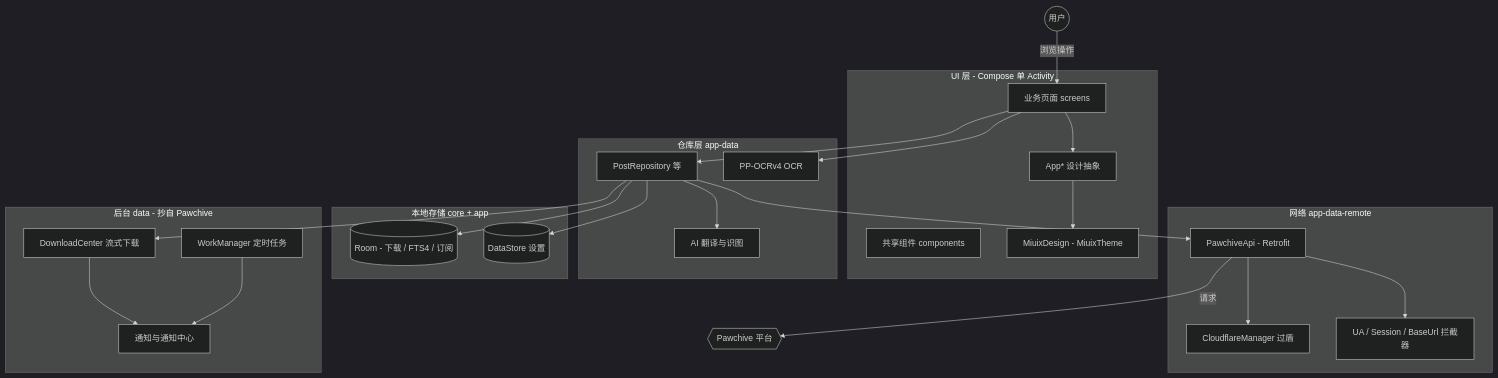
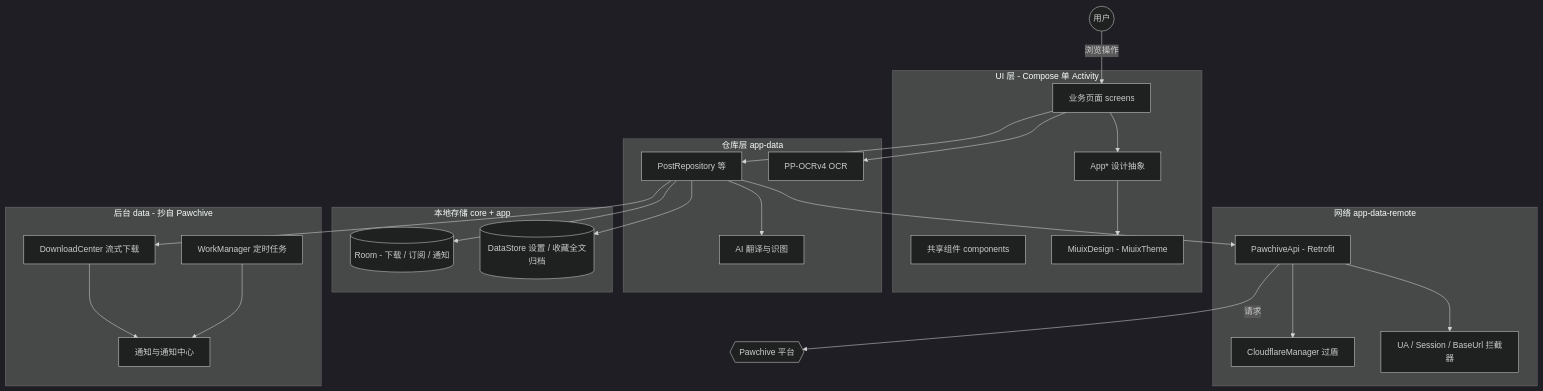
Before and after one commit to Aerunox/Archive: the diagram in README.md, drawn with Mermaid (dark theme). The commit also changed other lines of this file and 35 other files, not shown here.

````diff
--- a/README.md
+++ b/README.md
@@ -101,50 +102,50 @@
 ```mermaid
 flowchart TD
     subgraph ui["UI 层 - Compose 单 Activity"]
         screens["业务页面 screens"]
         components["共享组件 components"]
         design["App* 设计抽象"]
         miuix["MiuixDesign - MiuixTheme"]
     end
 
     subgraph repo["仓库层 app-data"]
         repos["PostRepository 等"]
         ai["AI 翻译与识图"]
         ocr["PP-OCRv4 OCR"]
     end
 
     subgraph net["网络 app-data-remote"]
         api["PawchiveApi - Retrofit"]
         cf["CloudflareManager 过盾"]
         chain["UA / Session / BaseUrl 拦截器"]
     end
 
     subgraph store["本地存储 core + app"]
-        room[("Room - 下载 / FTS4 / 订阅")]
-        ds[("DataStore 设置")]
+        room[("Room - 下载 / 订阅 / 通知")]
+        ds[("DataStore 设置 / 收藏全文归档")]
     end
 
     subgraph ops["后台 data - 抄自 Pawchive"]
         dl["DownloadCenter 流式下载"]
         workers["WorkManager 定时任务"]
         notify["通知与通知中心"]
     end
 
     platform{{"Pawchive 平台"}}
     user(("用户"))
 
     user -->|"浏览操作"| screens
     screens --> design --> miuix
     screens --> repos
     screens --> ocr
     repos --> ai
     repos --> api
     api --> chain
     api --> cf
     api -->|"请求"| platform
     repos --> room
     repos --> ds
     repos --> dl
     dl --> notify
     workers --> notify
 ```
````
